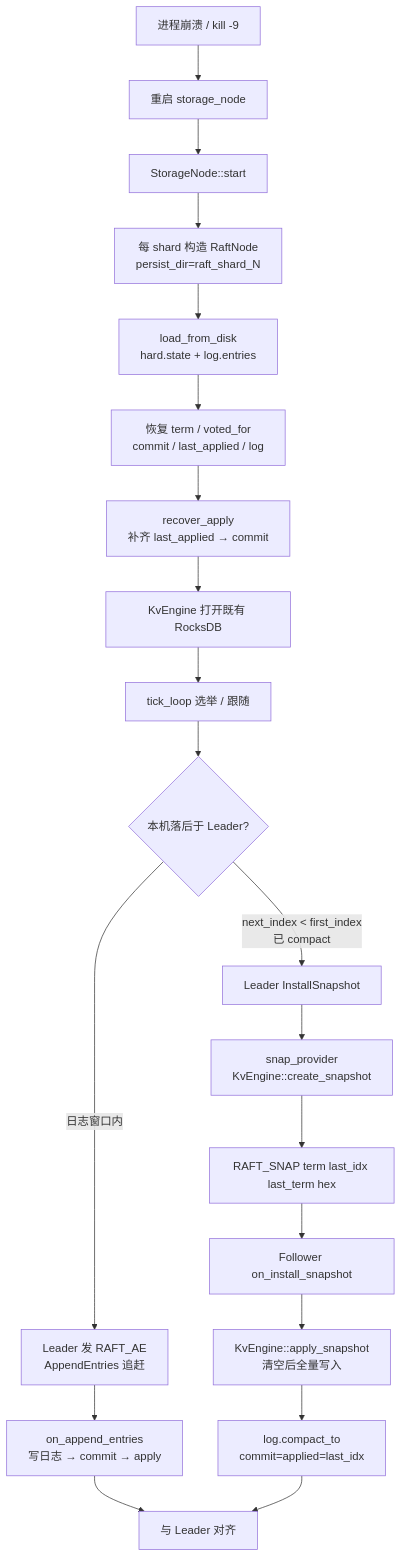
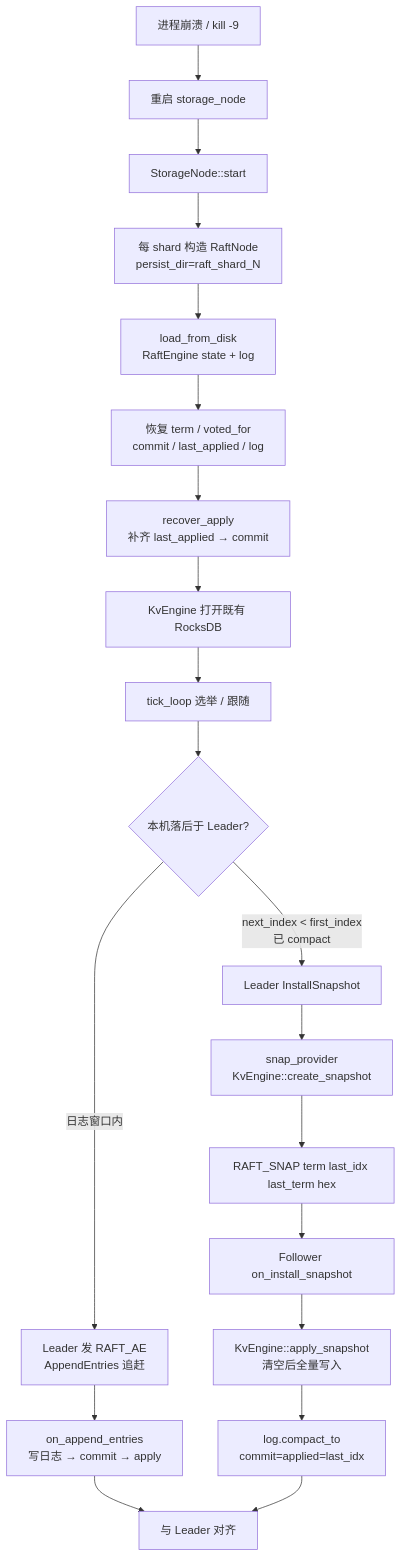
The first of 2 diagrams in docs/flows/04-fault-recovery.md (devotionalist/openkv), drawn with Mermaid before and after one commit. The commit also changed other lines of this file and 43 other files, not shown here.

````diff
--- a/docs/flows/04-fault-recovery.md
+++ b/docs/flows/04-fault-recovery.md
@@ -9,24 +9,24 @@
 ```mermaid
 flowchart TD
   A[进程崩溃 / kill -9] --> B[重启 storage_node]
   B --> C[StorageNode::start]
   C --> D[每 shard 构造 RaftNode<br/>persist_dir=raft_shard_N]
-  D --> E[load_from_disk<br/>hard.state + log.entries]
+  D --> E[load_from_disk<br/>RaftEngine state + log]
   E --> F[恢复 term / voted_for<br/>commit / last_applied / log]
   F --> G[recover_apply<br/>补齐 last_applied → commit]
   G --> H[KvEngine 打开既有 RocksDB]
   H --> I[tick_loop 选举 / 跟随]
 
   I --> J{本机落后于 Leader?}
   J -->|日志窗口内| K[Leader 发 RAFT_AE<br/>AppendEntries 追赶]
   K --> L[on_append_entries<br/>写日志 → commit → apply]
   L --> M[与 Leader 对齐]
 
   J -->|next_index &lt; first_index<br/>已 compact| N[Leader InstallSnapshot]
   N --> O[snap_provider<br/>KvEngine::create_snapshot]
   O --> P[RAFT_SNAP term last_idx last_term hex]
   P --> Q[Follower on_install_snapshot]
   Q --> R[KvEngine::apply_snapshot<br/>清空后全量写入]
   R --> S[log.compact_to<br/>commit=applied=last_idx]
   S --> M
 ```
````
